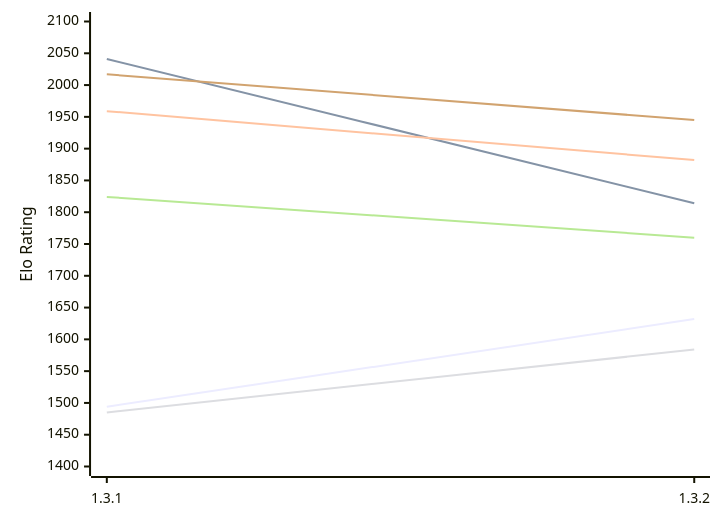
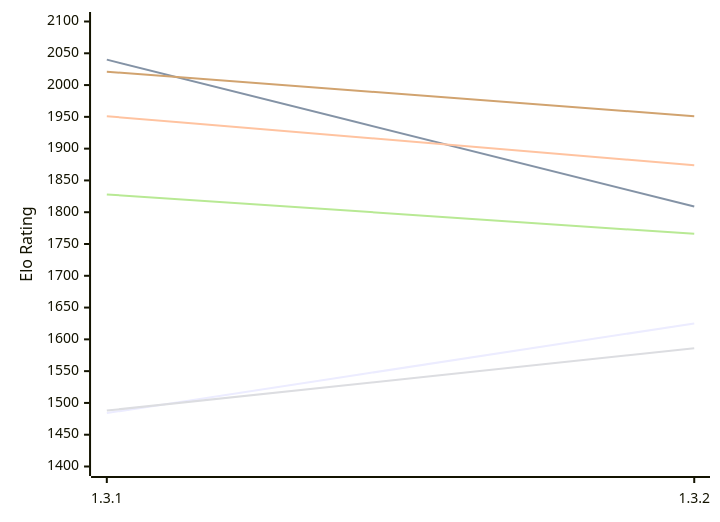
Before and after one commit to computer-chess-index/cci: the first of 2 diagrams in engines/Zugblitz.md, drawn with Mermaid. The commit also changed other lines of this file, not shown here.

Commit message:
Update CCI Ratings (ELO VLTC) - 2026-11-18

````diff
--- a/engines/Zugblitz.md
+++ b/engines/Zugblitz.md
@@ -50,12 +50,12 @@
 ```mermaid
 %%{init: {"theme":"base","themeVariables":{"seriesColors:['#a3a3a3','#222221','#faa371']}}}%%
 xychart-beta
   x-axis ["1.3.1", "1.3.2"]
   y-axis "Elo Rating" 1400 --> 2100
-  line "E1: STC (8.0+0.08s)" [1494, 1632]
-  line "E1: LTC (60.0+0.60s)" [2041, 1814]
-  line "E1: VLTC (2m24s+1.12s)" [1959, 1882]
-  line "P1: STC (8.0+0.08s)" [1485, 1584]
-  line "P1: LTC (60.0+0.60s)" [1824, 1760]
-  line "P1: VLTC (2m24s+1.12s)" [2017, 1945]
+  line "E1: STC (8.0+0.08s)" [1484, 1625]
+  line "E1: LTC (60.0+0.60s)" [2040, 1809]
+  line "E1: VLTC (2m24s+1.12s)" [1951, 1874]
+  line "P1: STC (8.0+0.08s)" [1488, 1586]
+  line "P1: LTC (60.0+0.60s)" [1828, 1766]
+  line "P1: VLTC (2m24s+1.12s)" [2021, 1951]
 ```
````
